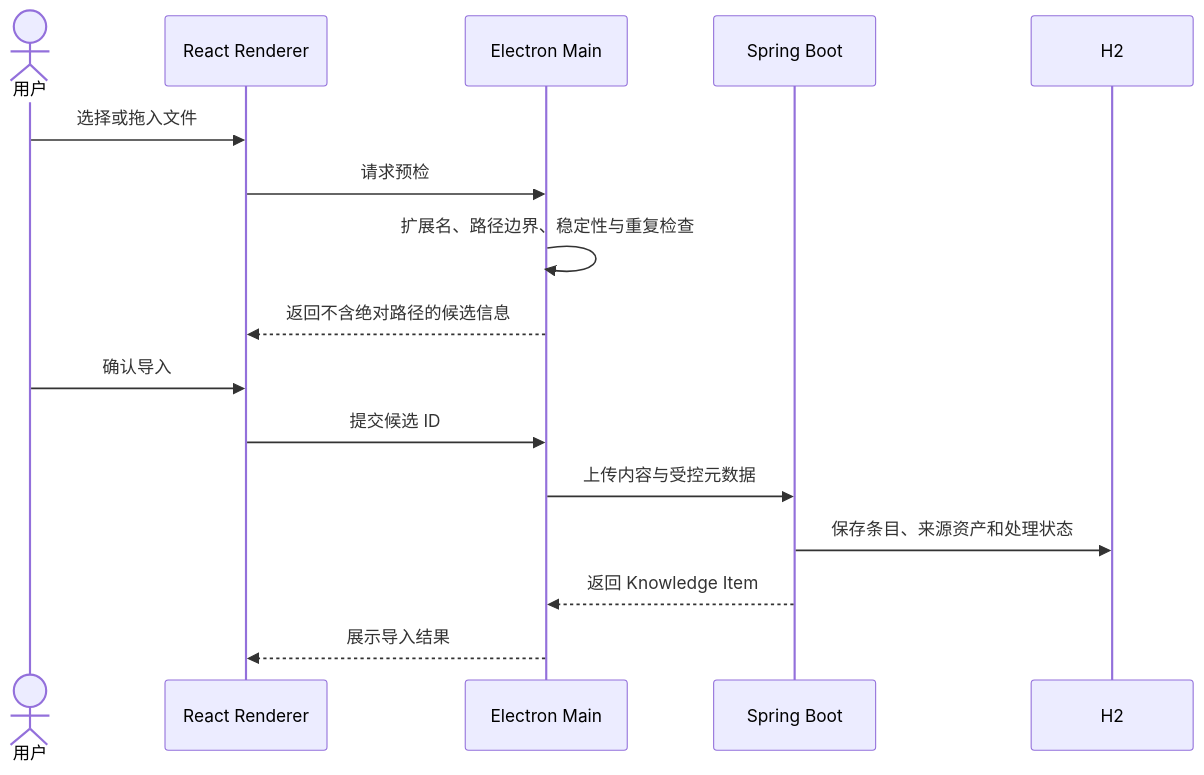
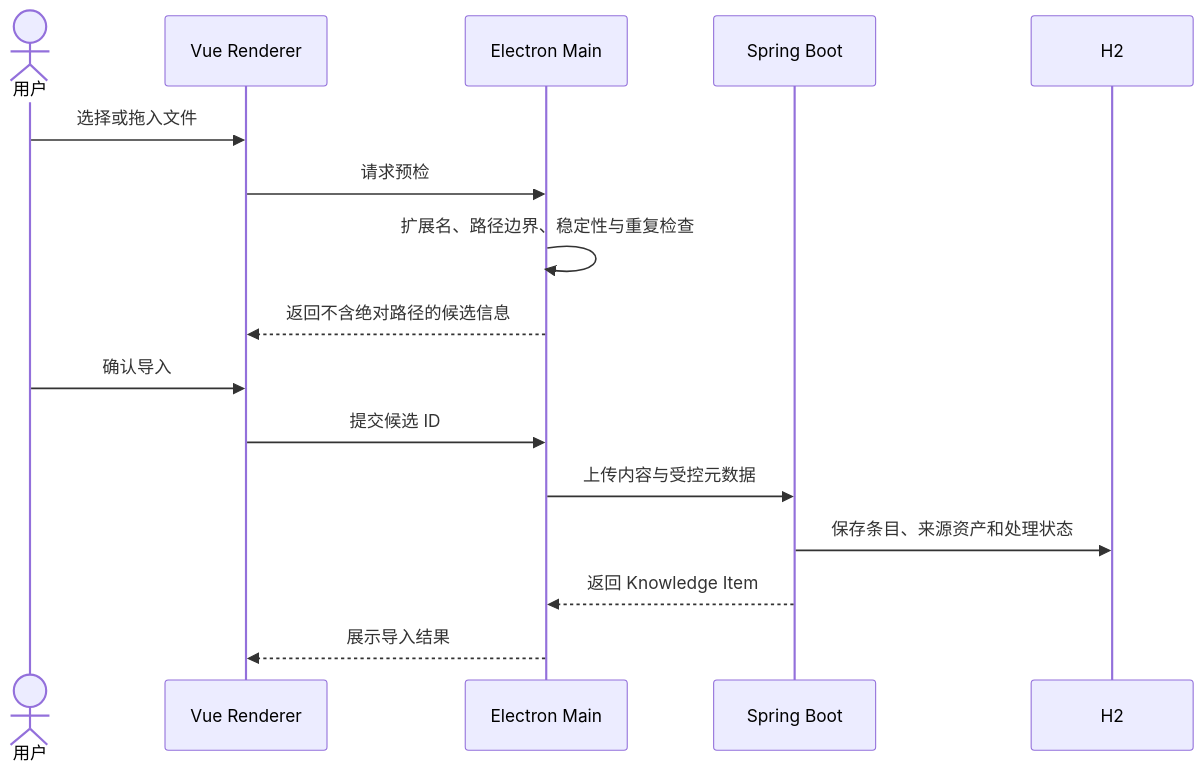
The fourth of 6 diagrams in PROJECT_SHOWCASE.md (lqq151510/Ai-Agent), drawn with Mermaid before and after one commit. The commit also changed other lines of this file and 10 other files, not shown here.

Commit message:
fix(release): align Vue renderer delivery paths

````diff
--- a/PROJECT_SHOWCASE.md
+++ b/PROJECT_SHOWCASE.md
@@ -125,19 +125,19 @@
 ```mermaid
 sequenceDiagram
     actor User as 用户
-    participant UI as React Renderer
+    participant UI as Vue Renderer
     participant Main as Electron Main
     participant API as Spring Boot
     participant DB as H2
 
     User->>UI: 选择或拖入文件
     UI->>Main: 请求预检
     Main->>Main: 扩展名、路径边界、稳定性与重复检查
     Main-->>UI: 返回不含绝对路径的候选信息
     User->>UI: 确认导入
     UI->>Main: 提交候选 ID
     Main->>API: 上传内容与受控元数据
     API->>DB: 保存条目、来源资产和处理状态
     API-->>Main: 返回 Knowledge Item
     Main-->>UI: 展示导入结果
 ```
````
